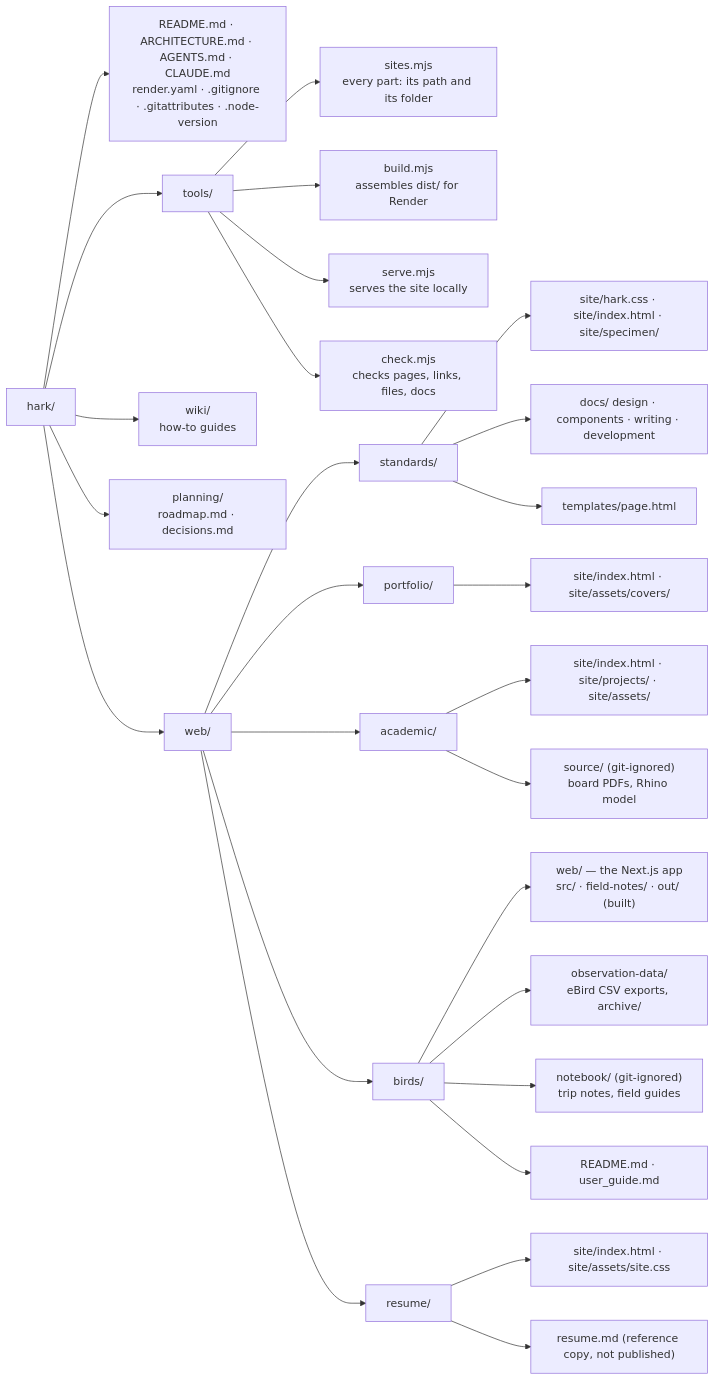
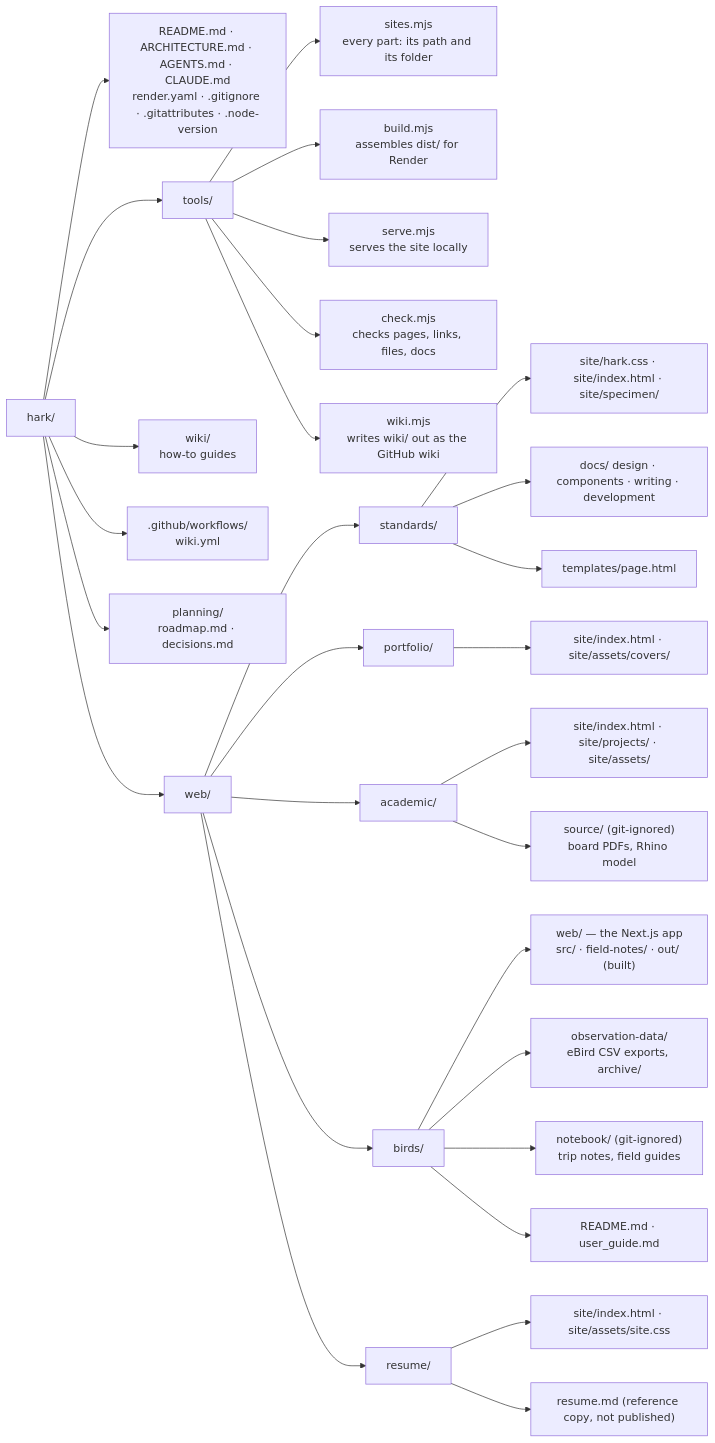
Before and after one commit to felipeharker/hark: the second of 6 diagrams in ARCHITECTURE.md, drawn with Mermaid. The commit also changed other lines of this file and 10 other files, not shown here.

First line of the commit message:
Publish wiki/ as the GitHub wiki, by a workflow

````diff
--- a/ARCHITECTURE.md
+++ b/ARCHITECTURE.md
@@ -55,37 +55,39 @@
 ```mermaid
 flowchart LR
   root["hark/"]
   root --> rootfiles["README.md · ARCHITECTURE.md · AGENTS.md · CLAUDE.md<br/>render.yaml · .gitignore · .gitattributes · .node-version"]
   root --> tools["tools/"]
   root --> wiki["wiki/<br/>how-to guides"]
+  root --> workflows[".github/workflows/<br/>wiki.yml"]
   root --> planning["planning/<br/>roadmap.md · decisions.md"]
   root --> web["web/"]
 
   tools --> t1["sites.mjs<br/>every part: its path and its folder"]
   tools --> t2["build.mjs<br/>assembles dist/ for Render"]
   tools --> t3["serve.mjs<br/>serves the site locally"]
   tools --> t4["check.mjs<br/>checks pages, links, files, docs"]
+  tools --> t5["wiki.mjs<br/>writes wiki/ out as the GitHub wiki"]
 
   web --> s["standards/"]
   web --> p["portfolio/"]
   web --> a["academic/"]
   web --> b["birds/"]
   web --> r["resume/"]
 
   s --> s1["site/hark.css · site/index.html · site/specimen/"]
   s --> s2["docs/ design · components · writing · development"]
   s --> s3["templates/page.html"]
 
   p --> p1["site/index.html · site/assets/covers/"]
 
   a --> a1["site/index.html · site/projects/ · site/assets/"]
   a --> a2["source/ (git-ignored)<br/>board PDFs, Rhino model"]
 
   b --> b1["web/ — the Next.js app<br/>src/ · field-notes/ · out/ (built)"]
   b --> b2["observation-data/<br/>eBird CSV exports, archive/"]
   b --> b3["notebook/ (git-ignored)<br/>trip notes, field guides"]
   b --> b4["README.md · user_guide.md"]
 
   r --> r1["site/index.html · site/assets/site.css"]
   r --> r2["resume.md (reference copy, not published)"]
 ```
````
